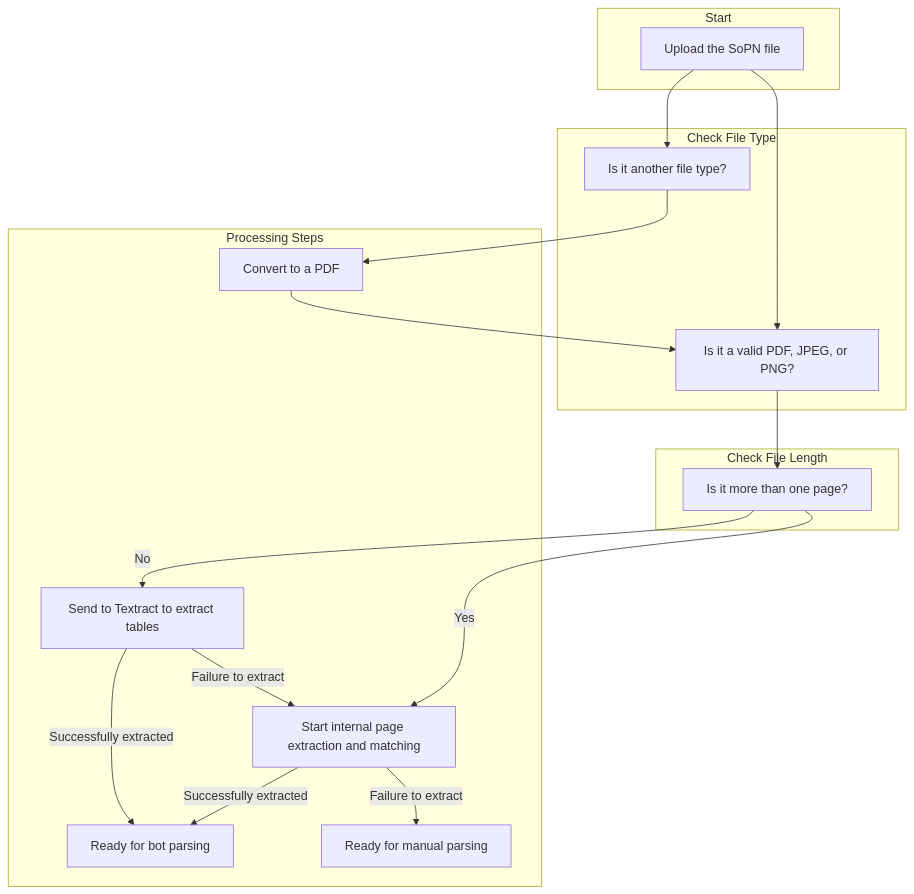
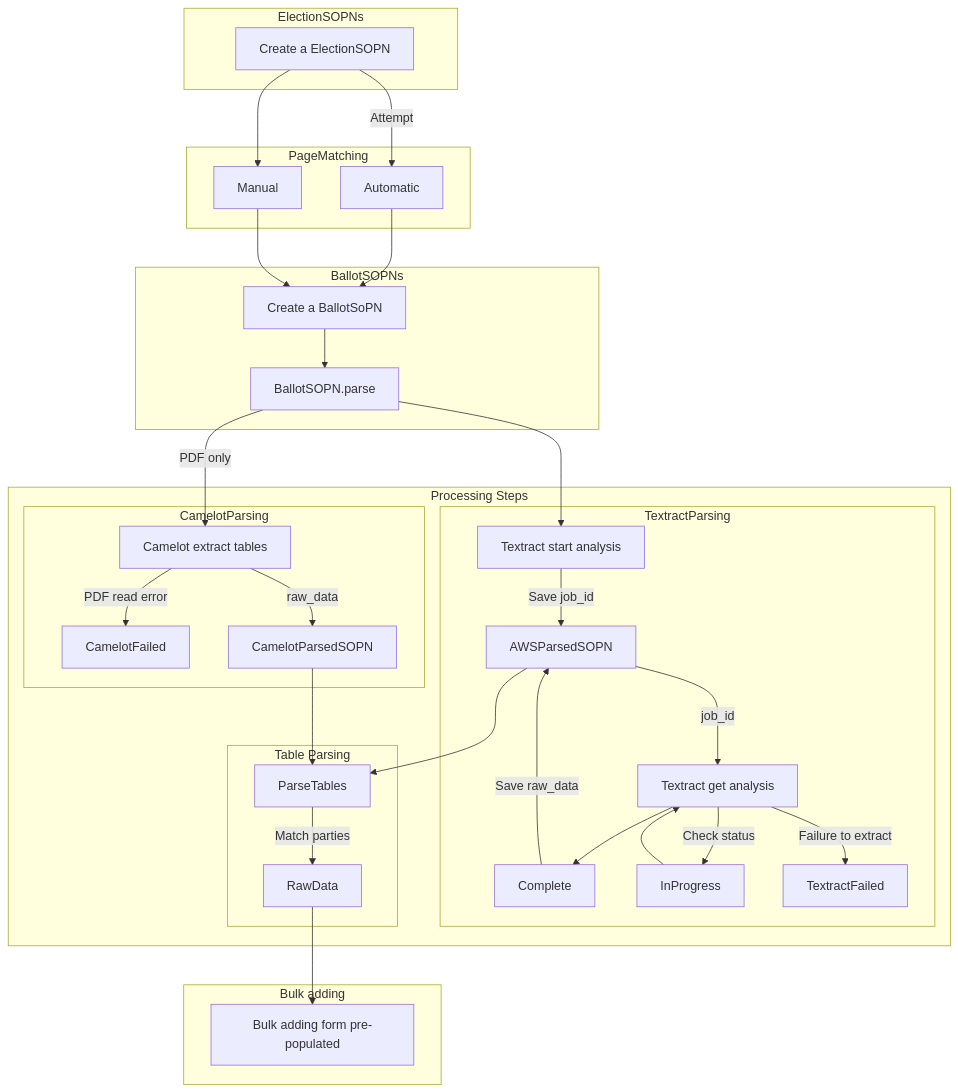
Before and after one commit to DemocracyClub/yournextrepresentative: the diagram in ynr/apps/sopn_parsing/sopn_processing.md, drawn with Mermaid.

Commit message:
Update explaination graph

````diff
--- a/ynr/apps/sopn_parsing/sopn_processing.md
+++ b/ynr/apps/sopn_parsing/sopn_processing.md
@@ -2,42 +2,49 @@
 ```mermaid
 graph TD
-    subgraph Start
-  A[Upload the SoPN file]
-end
+    subgraph ElectionSOPNs
+        ElectionSOPN[Create a ElectionSOPN]
+    end
 
-subgraph Check File Type
-  B[Is it a valid PDF, JPEG, or PNG?]
-  C[Is it another file type?]
-end
-
-subgraph Check File Length
-  D[Is it more than one page?]
-end
-
-subgraph Processing Steps
-  E[Convert to a PDF]
-  F[Send to Textract to extract tables]
-  G[Start internal page extraction and matching]
-  I[Ready for bot parsing]
-  J[Ready for manual parsing]
-  
-
-end
-
-A --> B
-A --> C
-B --> D
-C --> E
+    subgraph PageMatching
+        ElectionSOPN -- Attempt --> AutoPageMatching
+        ElectionSOPN --> ManualPageMatching
+    end
 
 
-D -->|Yes| G
-D -->|No| F
+    subgraph BallotSOPNs
+        AutoPageMatching[Automatic] --> BallotSOPN
+        ManualPageMatching[Manual] --> BallotSOPN
+        BallotSOPN[Create a BallotSoPN] --> ParseBallotSOPN[BallotSOPN.parse]
+    end
 
-E --> B
-F --> |Failure to extract| G
-F --> |Successfully extracted| I
-G --> |Failure to extract| J
-G --> |Successfully extracted|I
+    subgraph Processing Steps
+
+        subgraph TextractParsing
+            ParseBallotSOPN --> TextractStart[Textract start analysis]
+            TextractStart -- Save job_id --> AWSParsedSOPN
+            AWSParsedSOPN -- job_id --> TextractGetAnalysis[Textract get analysis]
+            TextractGetAnalysis --> Complete -- Save raw_data --> AWSParsedSOPN
+            TextractGetAnalysis -- Check status --> InProgress --> TextractGetAnalysis
+            TextractGetAnalysis -- Failure to extract--> TextractFailed
+        end
+
+        subgraph CamelotParsing
+            ParseBallotSOPN -- PDF only --> Camelot[Camelot extract tables]
+            Camelot -- PDF read error--> CamelotFailed
+            Camelot -- raw_data--> CamelotParsedSOPN
+
+        end
 
 
+        subgraph Table Parsing
+            CamelotParsedSOPN --> ParseTables
+            AWSParsedSOPN --> ParseTables
+            ParseTables -- Match parties--> RawData
+        end
+        
+    end
+    
+    subgraph Bulk adding
+        RawData --> BulkAdding[Bulk adding form pre-populated]
+    end
 ```
````
